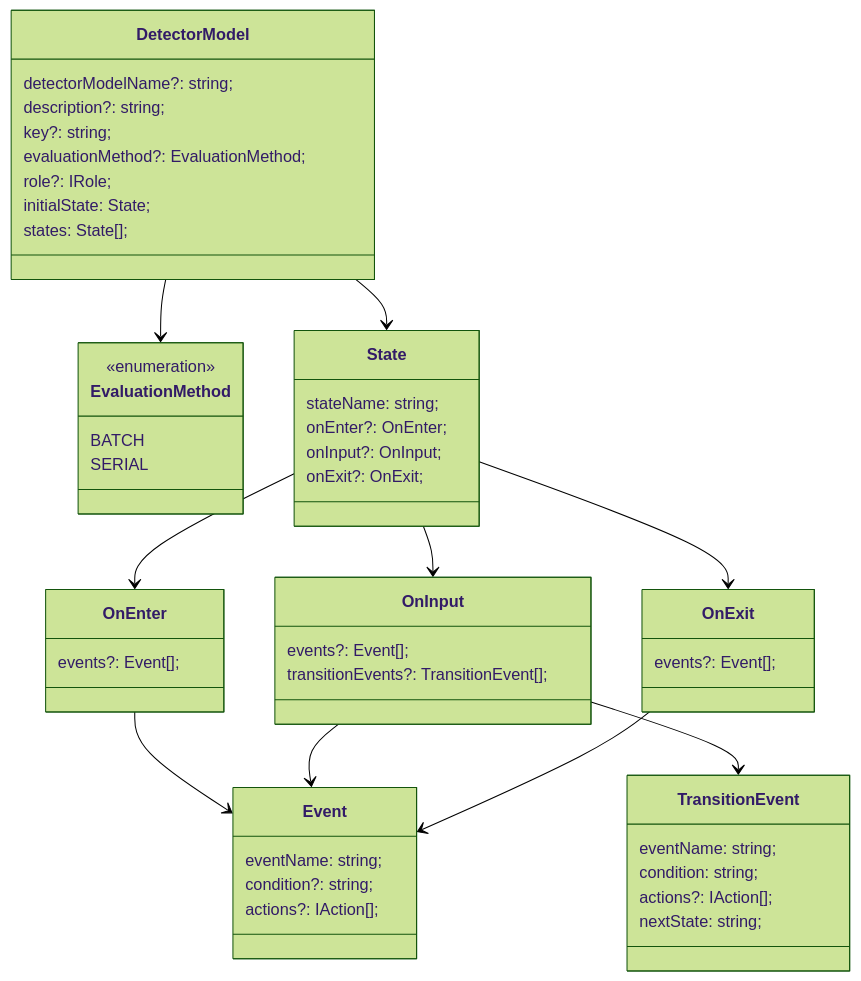
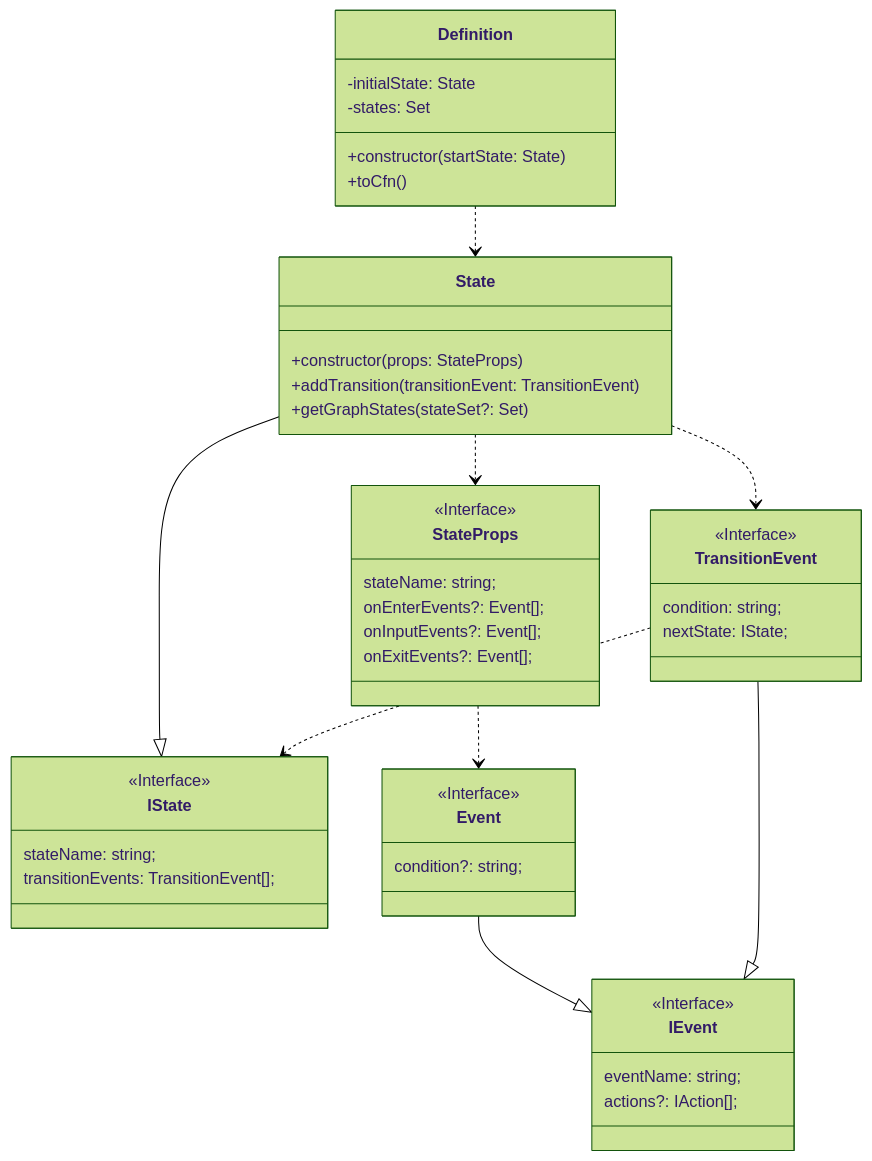
One commit to yamatatsu/zenn-contents changed the third of 3 diagrams in articles/2021-11-25-aws-cdk-iot-events-l2.md. Above: the diagram before and after it, drawn with Mermaid (forest theme). The commit also changed other lines of this file, not shown here.

````diff
--- a/articles/2021-11-25-aws-cdk-iot-events-l2.md
+++ b/articles/2021-11-25-aws-cdk-iot-events-l2.md
@@ -28,56 +64,50 @@
 ```mermaid
 classDiagram
-  DetectorModel --> EvaluationMethod
-  DetectorModel --> State
-  State --> OnEnter
-  State --> OnInput
-  State --> OnExit
-  OnEnter --> Event
-  OnInput --> Event
-  OnInput --> TransitionEvent
-  OnExit --> Event
+  Definition ..> State
+  State ..> StateProps
+  State ..> TransitionEvent
+  State --|> IState
+  StateProps ..> Event
+  TransitionEvent ..> IState
+  Event --|> IEvent
+  TransitionEvent --|> IEvent
 
-  class DetectorModel {
-    detectorModelName?: string;
-    description?: string;
-    key?: string;
-    evaluationMethod?: EvaluationMethod;
-    role?: IRole;
-    initialState: State;
-    states: State[];
+  class Definition {
+    -initialState: State
+    -states: Set<State>
+    +constructor(startState: State)
+    +toCfn()
   }
 
-  class EvaluationMethod{
-    BATCH
-    SERIAL
+  class State {
+    +constructor(props: StateProps)
+    +addTransition(transitionEvent: TransitionEvent)
+    +getGraphStates(stateSet?: Set<State>)
   }
-  <<enumeration>> EvaluationMethod
-
-  class State {
+  class StateProps {
     stateName: string;
-    onEnter?: OnEnter;
-    onInput?: OnInput;
-    onExit?: OnExit;
+    onEnterEvents?: Event[];
+    onInputEvents?: Event[];
+    onExitEvents?: Event[];
   }
-  class OnEnter {
-    events?: Event[];
+  <<Interface>> StateProps
+  class Event {
+    condition?: string;
   }
-  class OnInput {
-    events?: Event[];
-    transitionEvents?: TransitionEvent[];
+  <<Interface>> Event
+  class TransitionEvent {
+    condition: string;
+    nextState: IState;
   }
-  class OnExit {
-    events?: Event[];
+  <<Interface>> TransitionEvent
+  class IState {
+    stateName: string;
+    transitionEvents: TransitionEvent[];
   }
-  class Event {
+  <<Interface>> IState
+  class IEvent {
     eventName: string;
-    condition?: string;
     actions?: IAction[];
   }
-  class TransitionEvent {
-    eventName: string;
-    condition: string;
-    actions?: IAction[];
-    nextState: string;
-  }
+  <<Interface>> IEvent
 ```
````
